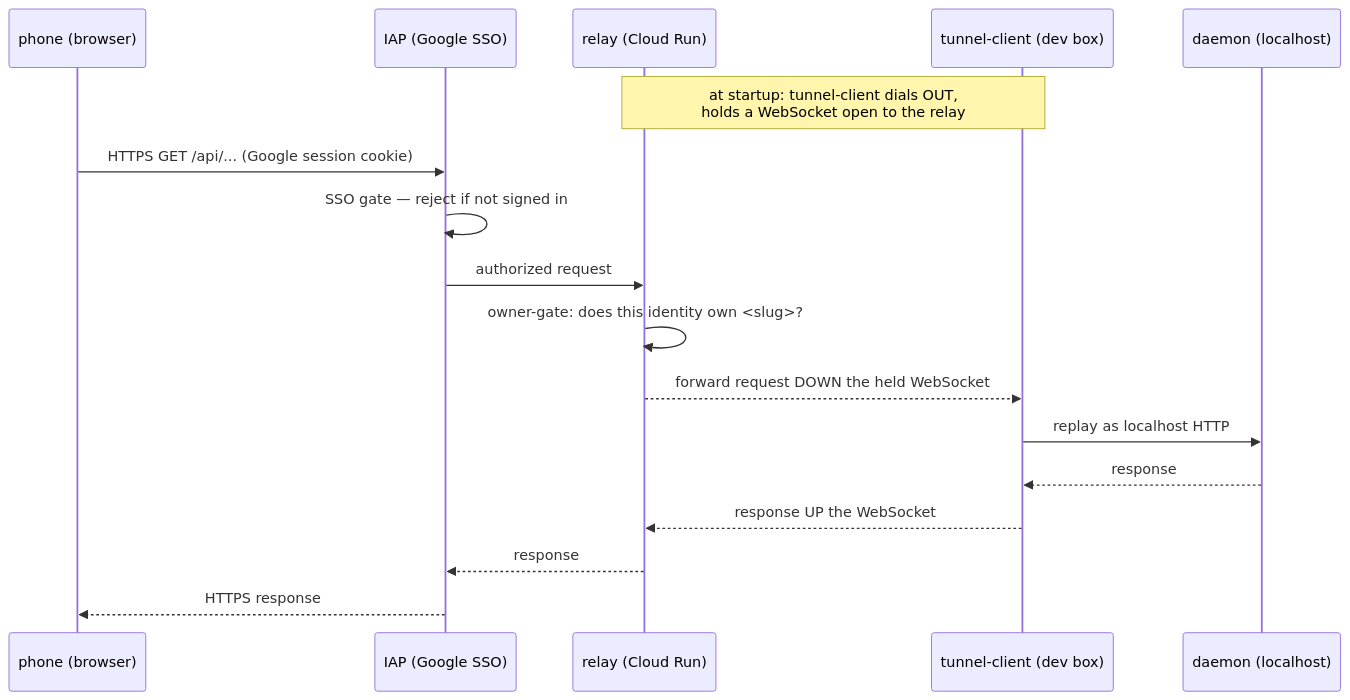
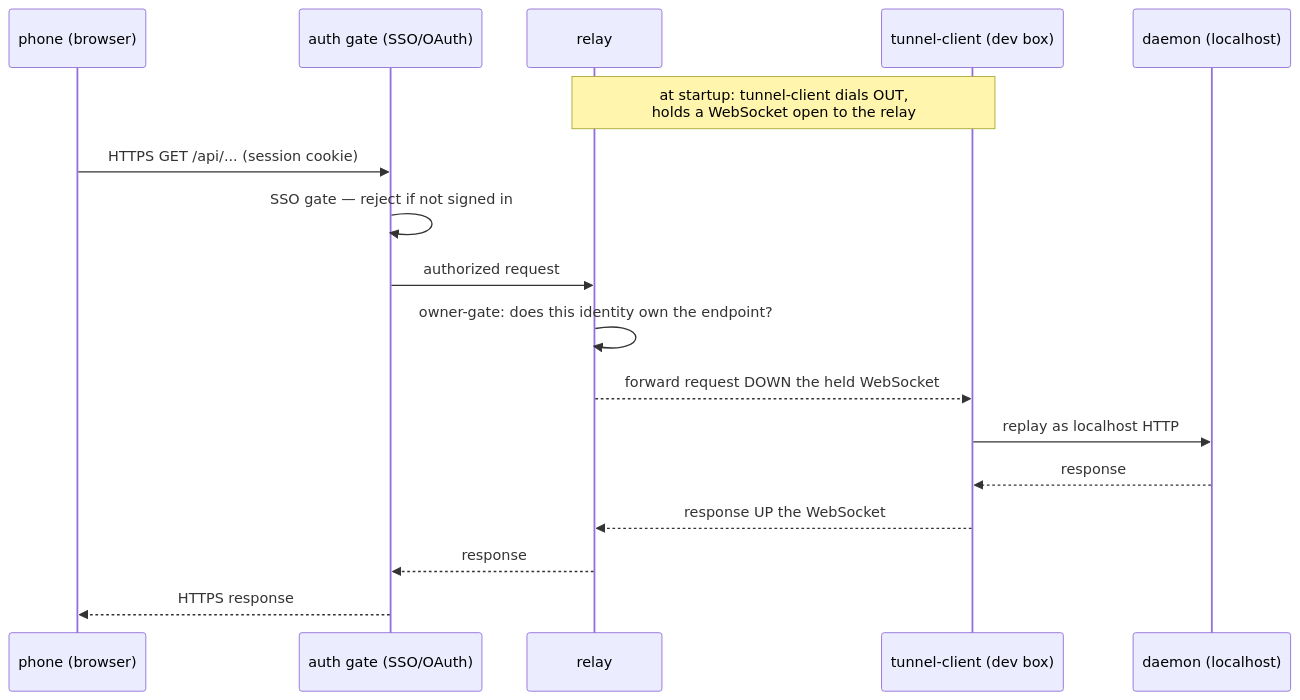
One commit to querystory/tmux-rc changed the second of 6 diagrams in docs/design/architecture.md. Above: the diagram before and after it, drawn with Mermaid. The commit also changed other lines of this file and 23 other files, not shown here.

````diff
--- a/docs/design/architecture.md
+++ b/docs/design/architecture.md
@@ -78,19 +80,19 @@
 ```mermaid
 sequenceDiagram
   participant Ph as phone (browser)
-  participant IAP as IAP (Google SSO)
-  participant R as relay (Cloud Run)
+  participant AUTH as auth gate (SSO/OAuth)
+  participant R as relay
   participant TC as tunnel-client (dev box)
   participant D as daemon (localhost)
   Note over TC,R: at startup: tunnel-client dials OUT,<br/>holds a WebSocket open to the relay
-  Ph->>IAP: HTTPS GET /api/... (Google session cookie)
-  IAP->>IAP: SSO gate — reject if not signed in
-  IAP->>R: authorized request
-  R->>R: owner-gate: does this identity own <slug>?
+  Ph->>AUTH: HTTPS GET /api/... (session cookie)
+  AUTH->>AUTH: SSO gate — reject if not signed in
+  AUTH->>R: authorized request
+  R->>R: owner-gate: does this identity own the endpoint?
   R-->>TC: forward request DOWN the held WebSocket
   TC->>D: replay as localhost HTTP
   D-->>TC: response
   TC-->>R: response UP the WebSocket
-  R-->>IAP: response
-  IAP-->>Ph: HTTPS response
+  R-->>AUTH: response
+  AUTH-->>Ph: HTTPS response
 ```
````
